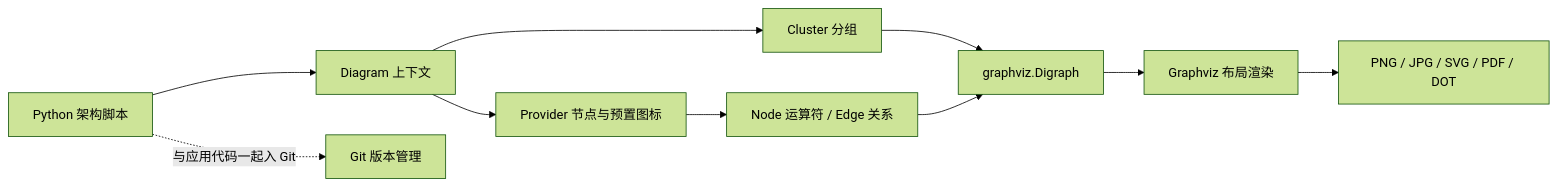
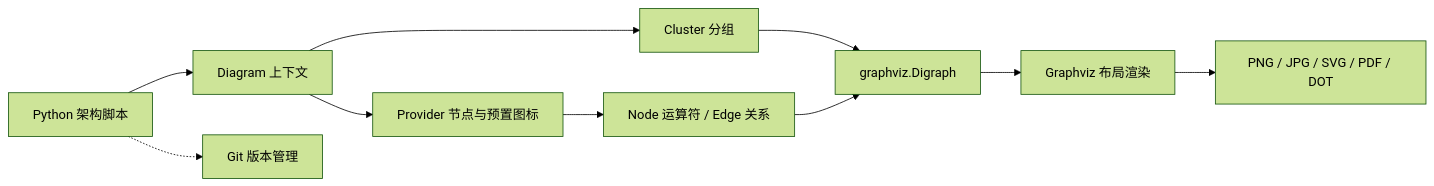
One commit to ImChong/Robotics_Notebooks changed the first of 2 diagrams in wiki/entities/mingrammer-diagrams.md. Above: the diagram before and after it, drawn with Mermaid (forest theme).

Commit message:
docs(wiki): 规范 Diagrams Mermaid 虚线连接语法

````diff
--- a/wiki/entities/mingrammer-diagrams.md
+++ b/wiki/entities/mingrammer-diagrams.md
@@ -55,12 +55,12 @@
 ```mermaid
 flowchart LR
   PY["Python 架构脚本"] --> CTX["Diagram 上下文"]
   CTX --> NODE["Provider 节点与预置图标"]
   CTX --> CLUSTER["Cluster 分组"]
   NODE --> EDGE["Node 运算符 / Edge 关系"]
   CLUSTER --> DOT["graphviz.Digraph"]
   EDGE --> DOT
   DOT --> GV["Graphviz 布局渲染"]
   GV --> IMG["PNG / JPG / SVG / PDF / DOT"]
-  PY -. "与应用代码一起入 Git" .-> GIT["Git 版本管理"]
+  PY -.-> GIT["Git 版本管理"]
 ```
````
